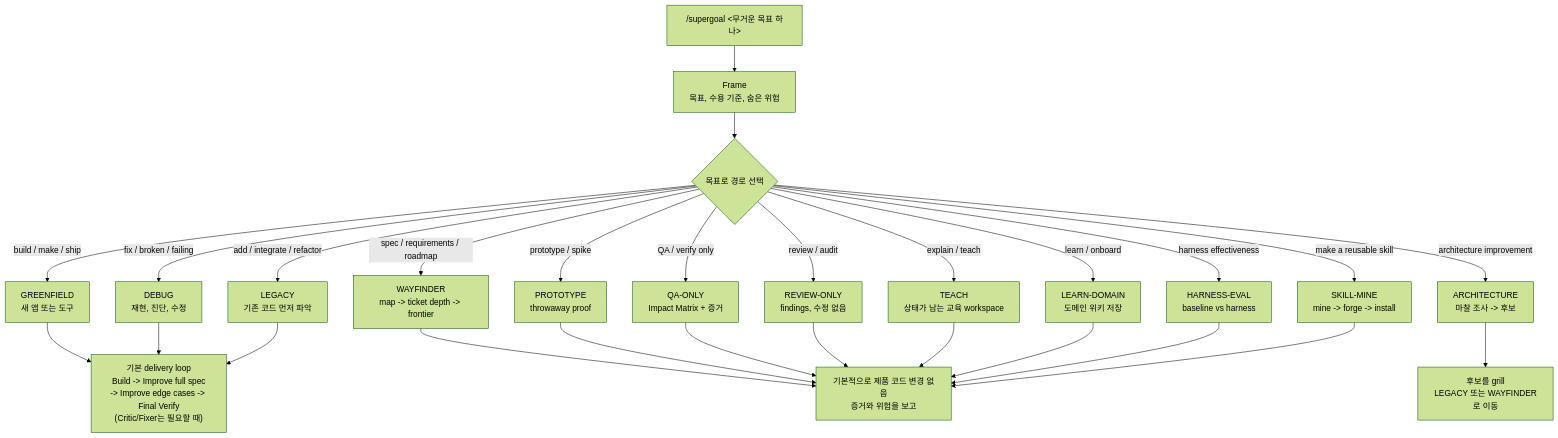
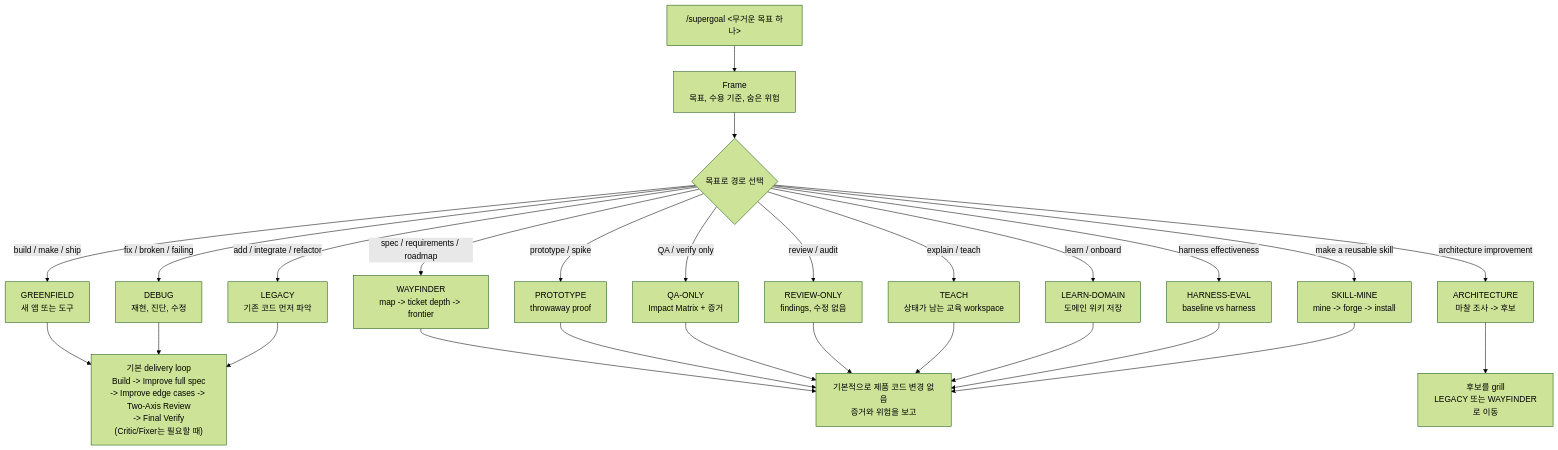
Before and after one commit to cskwork/supergoal-skill: the diagram in README.ko.md, drawn with Mermaid (forest theme). The commit also changed other lines of this file and 16 other files, not shown here.

Commit message:
feat: add two-axis review contract

````diff
--- a/README.ko.md
+++ b/README.ko.md
@@ -69,33 +69,33 @@
 ```mermaid
 flowchart TD
     A["/supergoal <무거운 목표 하나>"] --> B["Frame<br/>목표, 수용 기준, 숨은 위험"]
     B --> C{"목표로 경로 선택"}
 
     C -->|"build / make / ship"| GREENFIELD["GREENFIELD<br/>새 앱 또는 도구"]
     C -->|"fix / broken / failing"| DEBUG["DEBUG<br/>재현, 진단, 수정"]
     C -->|"add / integrate / refactor"| LEGACY["LEGACY<br/>기존 코드 먼저 파악"]
     C -->|"spec / requirements / roadmap"| WAYFINDER["WAYFINDER<br/>map -> ticket depth -> frontier"]
     C -->|"prototype / spike"| PROTOTYPE["PROTOTYPE<br/>throwaway proof"]
     C -->|"QA / verify only"| QAONLY["QA-ONLY<br/>Impact Matrix + 증거"]
     C -->|"review / audit"| REVIEW["REVIEW-ONLY<br/>findings, 수정 없음"]
     C -->|"architecture improvement"| ARCHITECTURE["ARCHITECTURE<br/>마찰 조사 -> 후보"]
     C -->|"explain / teach"| TEACH["TEACH<br/>상태가 남는 교육 workspace"]
     C -->|"learn / onboard"| LEARN["LEARN-DOMAIN<br/>도메인 위키 저장"]
     C -->|"harness effectiveness"| HARNESS["HARNESS-EVAL<br/>baseline vs harness"]
     C -->|"make a reusable skill"| SKILLMINE["SKILL-MINE<br/>mine -> forge -> install"]
 
-    GREENFIELD --> LOOP["기본 delivery loop<br/>Build -> Improve full spec<br/>-> Improve edge cases -> Final Verify<br/>(Critic/Fixer는 필요할 때)"]
+    GREENFIELD --> LOOP["기본 delivery loop<br/>Build -> Improve full spec<br/>-> Improve edge cases -> Two-Axis Review<br/>-> Final Verify<br/>(Critic/Fixer는 필요할 때)"]
     DEBUG --> LOOP
     LEGACY --> LOOP
 
     WAYFINDER --> REPORT
     PROTOTYPE --> REPORT
     ARCHITECTURE --> PICK["후보를 grill<br/>LEGACY 또는 WAYFINDER로 이동"]
 
     QAONLY --> REPORT["기본적으로 제품 코드 변경 없음<br/>증거와 위험을 보고"]
     REVIEW --> REPORT
     TEACH --> REPORT
     LEARN --> REPORT
     HARNESS --> REPORT
     SKILLMINE --> REPORT
 ```
````
